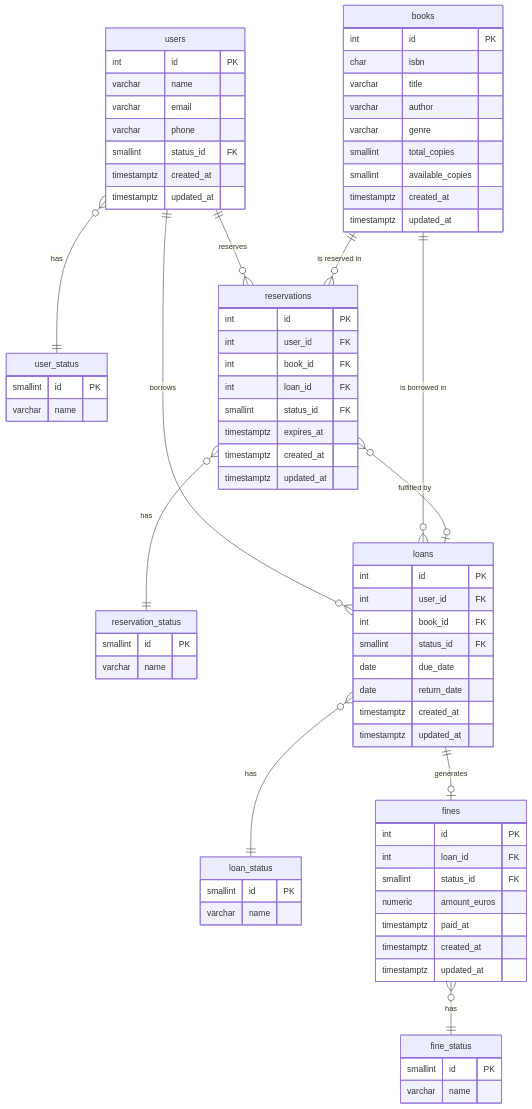
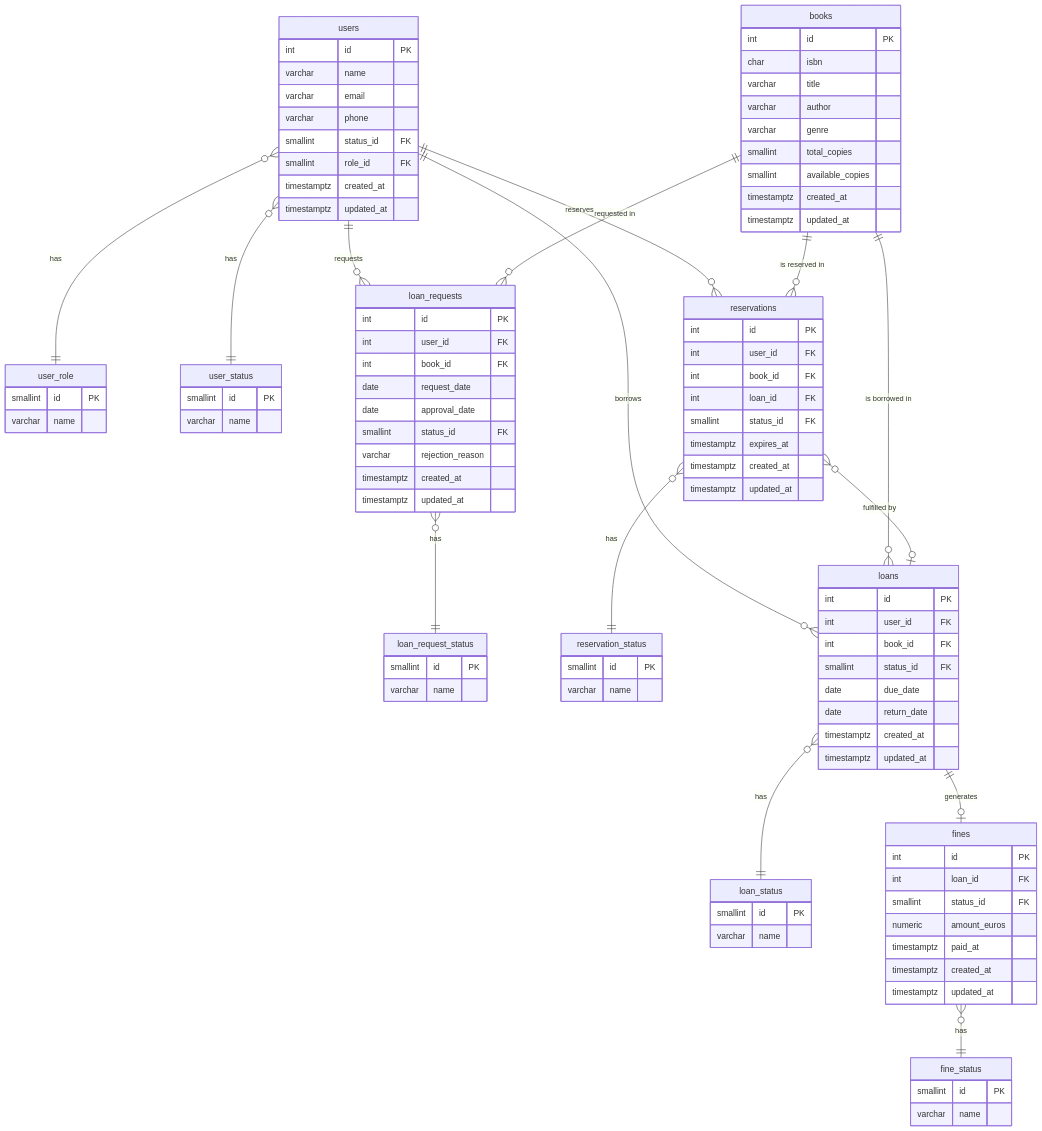
The diagram in README.md (breimato/library), drawn with Mermaid before and after one commit. The commit also changed other lines of this file and 1 other file, not shown here.

Commit message:
feat: add global exception handling for loan requests and forbidden actions

````diff
--- a/README.md
+++ b/README.md
@@ -76,11 +84,21 @@
 ```mermaid
 erDiagram
+    user_role {
+        smallint id PK
+        varchar name
+    }
+
     user_status {
         smallint id PK
         varchar name
     }
 
     loan_status {
+        smallint id PK
+        varchar name
+    }
+
+    loan_request_status {
         smallint id PK
         varchar name
     }
@@ -101,6 +119,7 @@
         varchar email
         varchar phone
         smallint status_id FK
+        smallint role_id FK
         timestamptz created_at
         timestamptz updated_at
     }
@@ -113,6 +132,18 @@
         varchar genre
         smallint total_copies
         smallint available_copies
+        timestamptz created_at
+        timestamptz updated_at
+    }
+
+    loan_requests {
+        int id PK
+        int user_id FK
+        int book_id FK
+        date request_date
+        date approval_date
+        smallint status_id FK
+        varchar rejection_reason
         timestamptz created_at
         timestamptz updated_at
     }
@@ -149,10 +180,14 @@
         timestamptz updated_at
     }
 
+    users }o--|| user_role : "has"
     users }o--|| user_status : "has"
     loans }o--|| loan_status : "has"
+    loan_requests }o--|| loan_request_status : "has"
     reservations }o--|| reservation_status : "has"
     fines }o--|| fine_status : "has"
+    users ||--o{ loan_requests : "requests"
+    books ||--o{ loan_requests : "requested in"
     users ||--o{ loans : "borrows"
     books ||--o{ loans : "is borrowed in"
     users ||--o{ reservations : "reserves"
````
